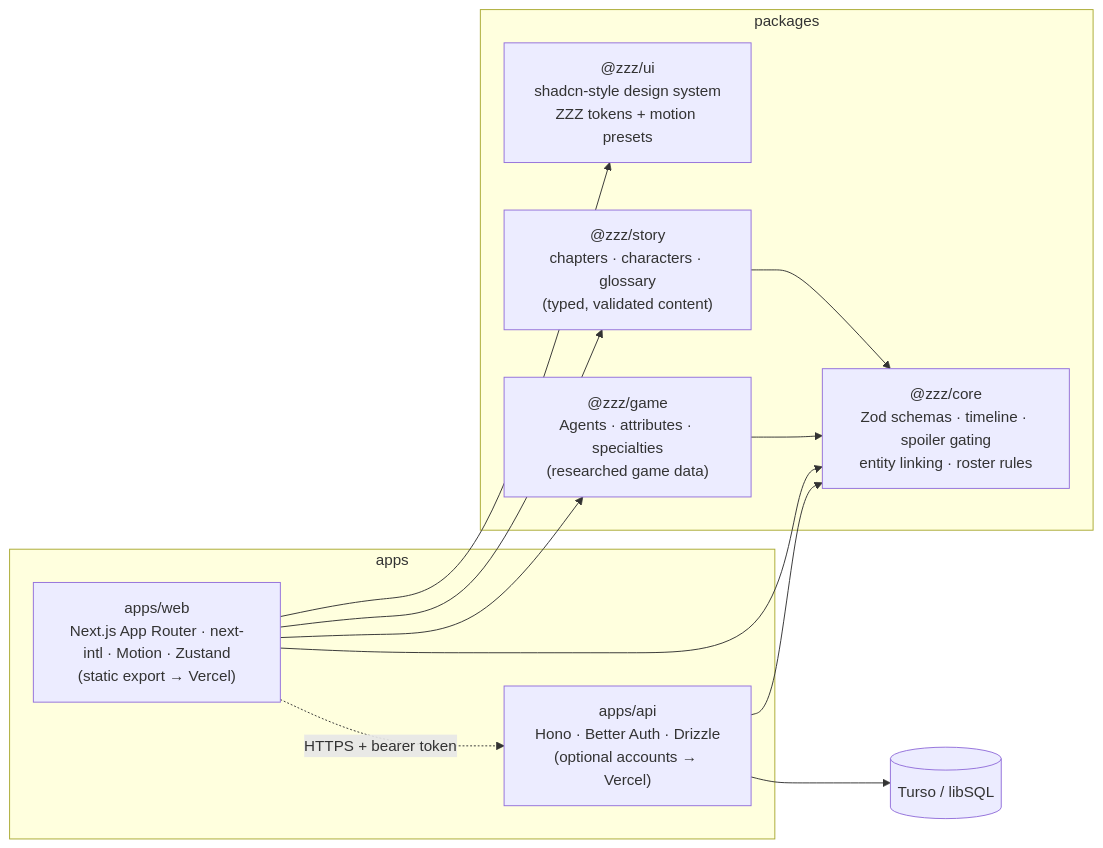
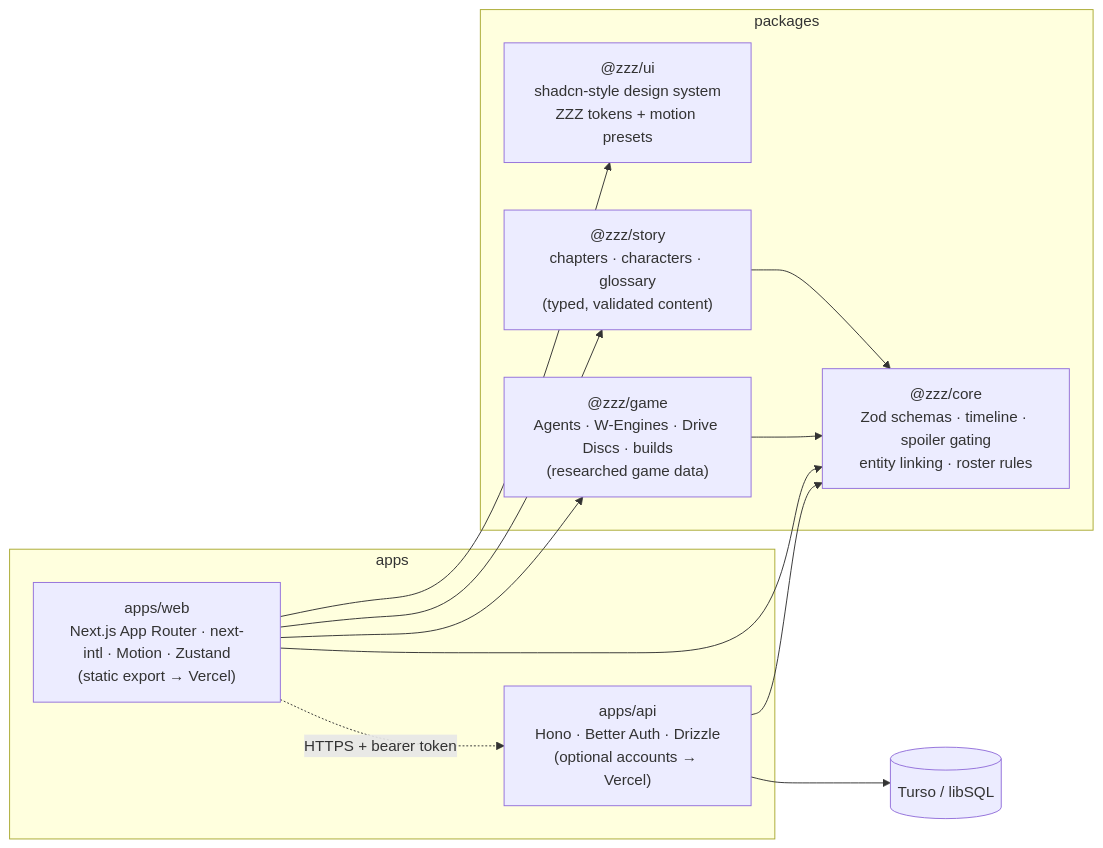
The diagram in README.md (ldallacqua/zzz-companion), drawn with Mermaid before and after one commit. The commit also changed other lines of this file and 52 other files, not shown here.

````diff
--- a/README.md
+++ b/README.md
@@ -178,23 +186,23 @@
 ```mermaid
 flowchart LR
   subgraph apps
     web["apps/web<br/>Next.js App Router · next-intl · Motion · Zustand<br/>(static export → Vercel)"]
     api["apps/api<br/>Hono · Better Auth · Drizzle<br/>(optional accounts → Vercel)"]
   end
   subgraph packages
     ui["@zzz/ui<br/>shadcn-style design system<br/>ZZZ tokens + motion presets"]
     story["@zzz/story<br/>chapters · characters · glossary<br/>(typed, validated content)"]
-    game["@zzz/game<br/>Agents · attributes · specialties<br/>(researched game data)"]
+    game["@zzz/game<br/>Agents · W-Engines · Drive Discs · builds<br/>(researched game data)"]
     core["@zzz/core<br/>Zod schemas · timeline · spoiler gating<br/>entity linking · roster rules"]
   end
   db[("Turso / libSQL")]
   web --> ui
   web --> story
   web --> game
   web --> core
   web -. "HTTPS + bearer token" .-> api
   api --> core
   api --> db
   story --> core
   game --> core
 ```
````
